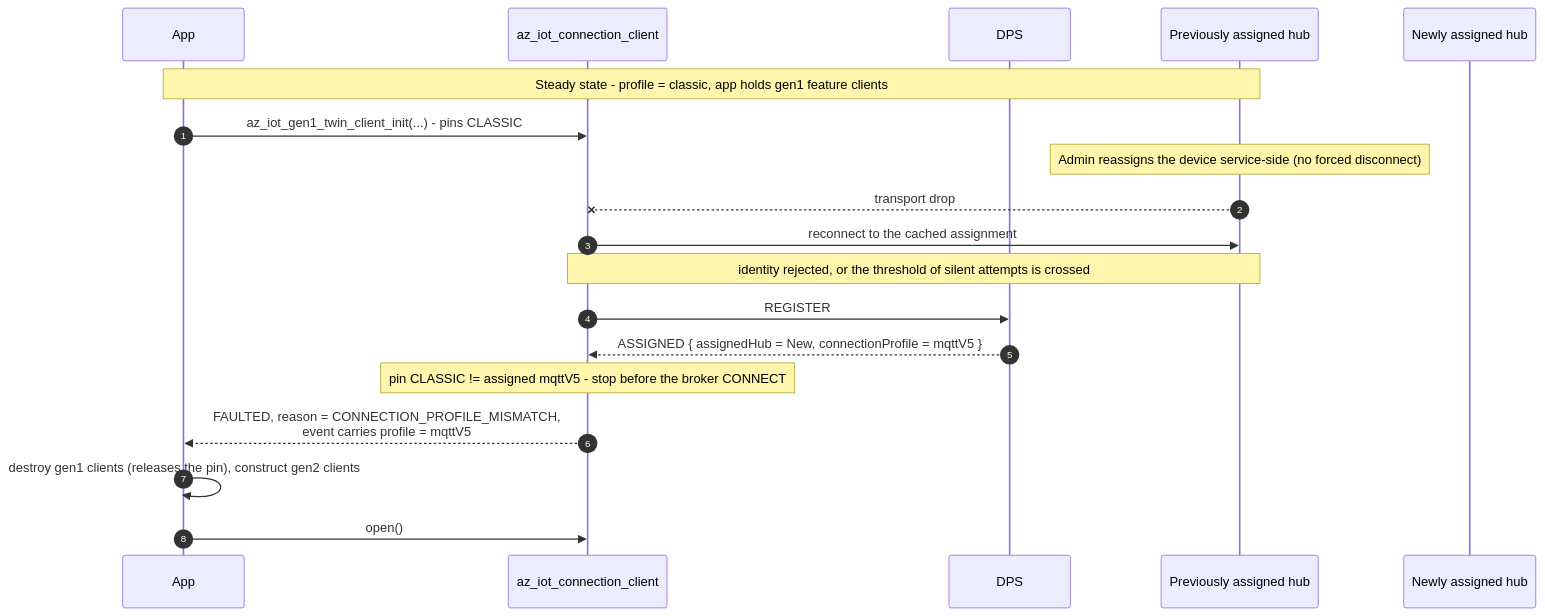
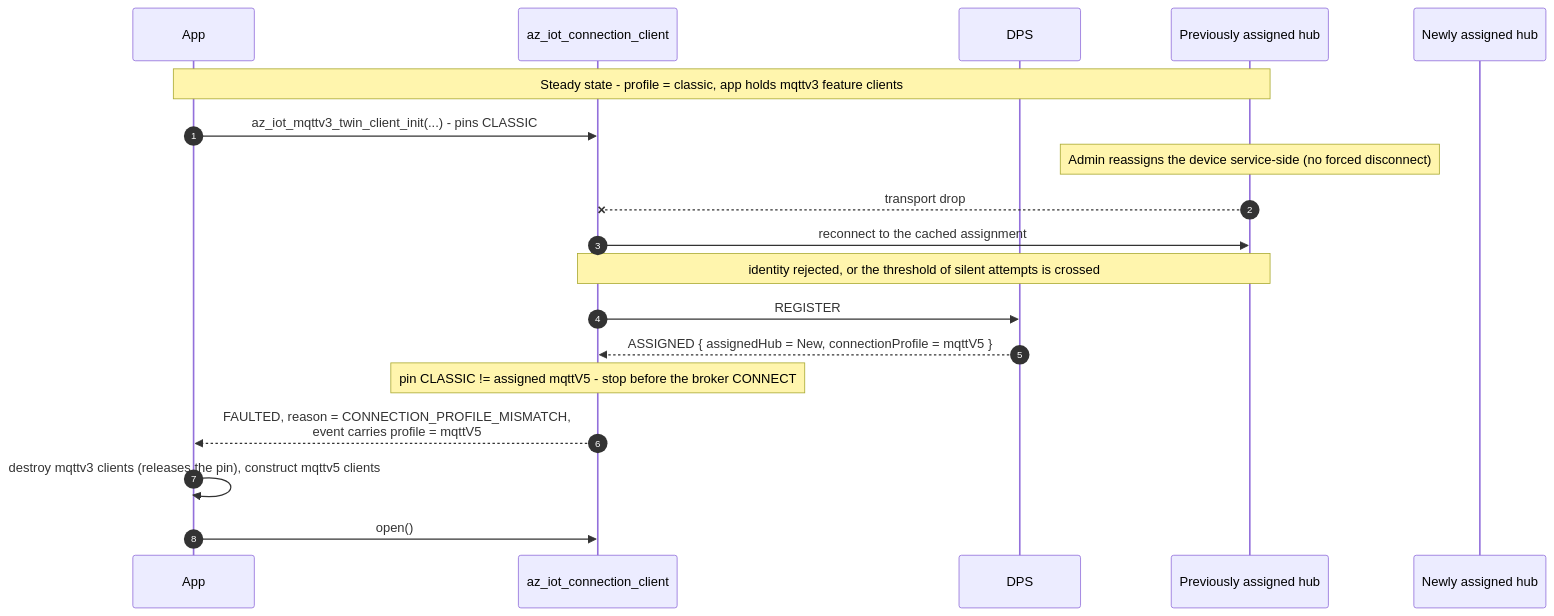
One commit to Azure/azure-iot-sdk changed the second of 2 diagrams in c/docs/eng/client-separation.md. Above: the diagram before and after it, drawn with Mermaid. The commit also changed other lines of this file and 118 other files, not shown here.

First line of the commit message:
C: rename gen1/gen2 to mqttv3/mqttv5

````diff
--- a/c/docs/eng/client-separation.md
+++ b/c/docs/eng/client-separation.md
@@ -613,23 +613,23 @@
 ```mermaid
 sequenceDiagram
     autonumber
     participant App
     participant Conn as az_iot_connection_client
     participant DPS
     participant Old as Previously assigned hub
     participant New as Newly assigned hub
 
-    Note over App,Old: Steady state - profile = classic, app holds gen1 feature clients
-    App->>Conn: az_iot_gen1_twin_client_init(...) - pins CLASSIC
+    Note over App,Old: Steady state - profile = classic, app holds mqttv3 feature clients
+    App->>Conn: az_iot_mqttv3_twin_client_init(...) - pins CLASSIC
 
     Note over Old: Admin reassigns the device service-side (no forced disconnect)
     Old--xConn: transport drop
     Conn->>Old: reconnect to the cached assignment
     Note over Conn,Old: identity rejected, or the threshold of silent attempts is crossed
     Conn->>DPS: REGISTER
     DPS-->>Conn: ASSIGNED { assignedHub = New, connectionProfile = mqttV5 }
     Note over Conn: pin CLASSIC != assigned mqttV5 - stop before the broker CONNECT
     Conn-->>App: FAULTED, reason = CONNECTION_PROFILE_MISMATCH,<br/>event carries profile = mqttV5
-    App->>App: destroy gen1 clients (releases the pin), construct gen2 clients
+    App->>App: destroy mqttv3 clients (releases the pin), construct mqttv5 clients
     App->>Conn: open()
 ```
````
